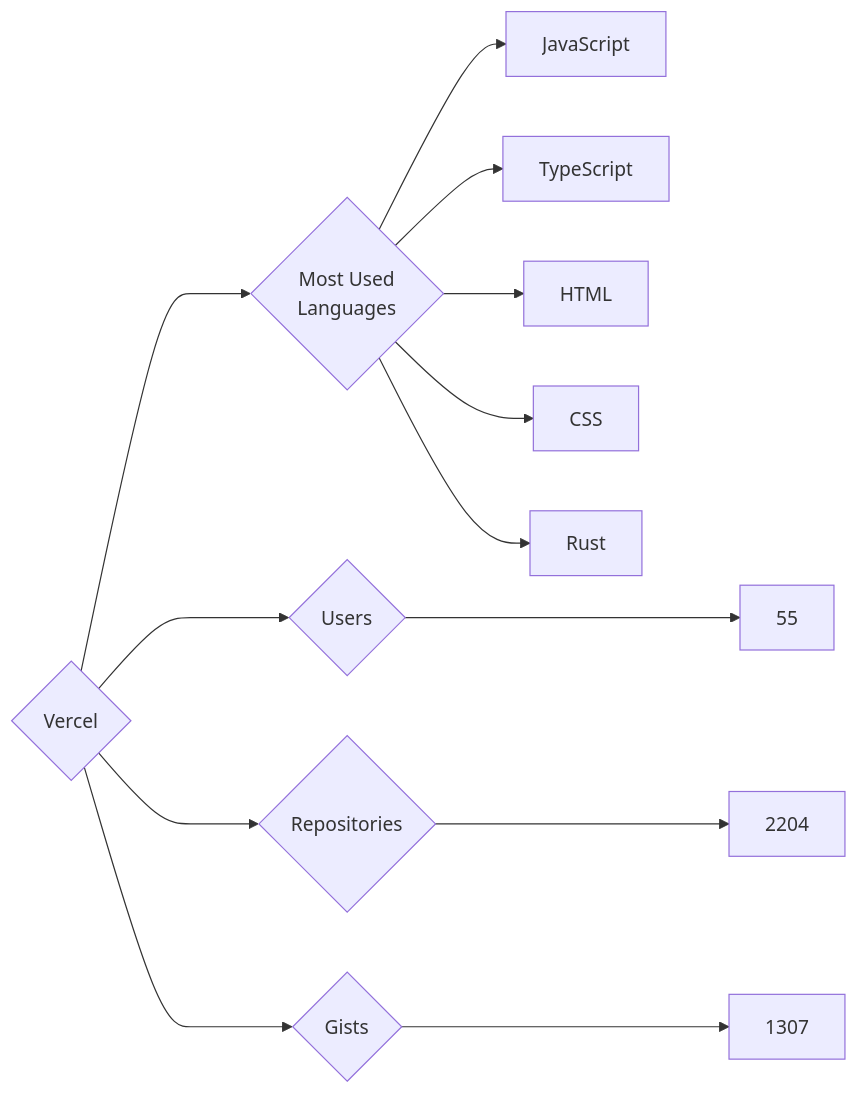
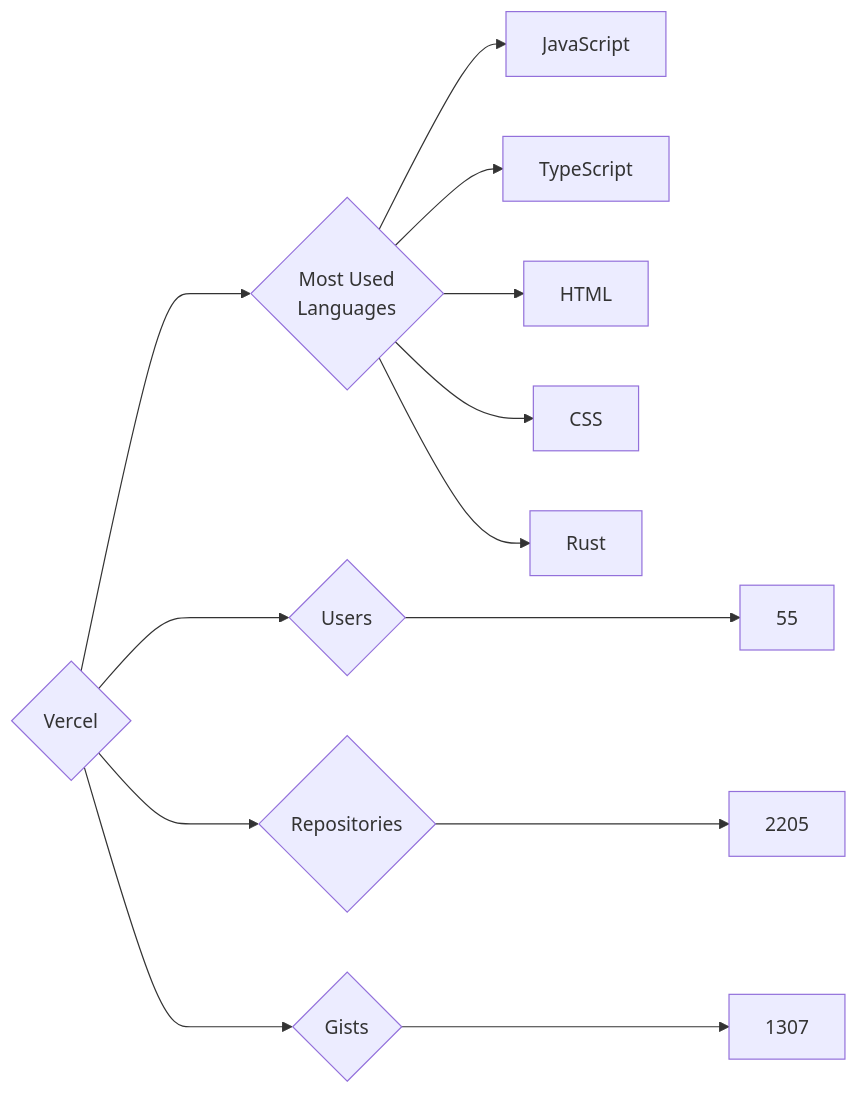
One commit to trickest/insiders changed the diagram in targets/Vercel/README.md. Above: the diagram before and after it, drawn with Mermaid. The commit also changed 912 other files, not shown here.

````diff
--- a/targets/Vercel/README.md
+++ b/targets/Vercel/README.md
@@ -3,13 +3,13 @@
 ```mermaid
 graph LR
 COMPANY_NAME{Vercel}
 COMPANY_NAME ---> U{Users} ---> UN[55]
-COMPANY_NAME ---> R{Repositories} ---> RN[2204]
+COMPANY_NAME ---> R{Repositories} ---> RN[2205]
 COMPANY_NAME ---> G{Gists} ---> GN[1307]
 COMPANY_NAME ---> ML{Most Used<br>Languages}
 ML --> JavaScript[JavaScript]
 ML --> TypeScript[TypeScript]
 ML --> HTML[HTML]
 ML --> CSS[CSS]
 ML --> Rust[Rust]
 ```
````
